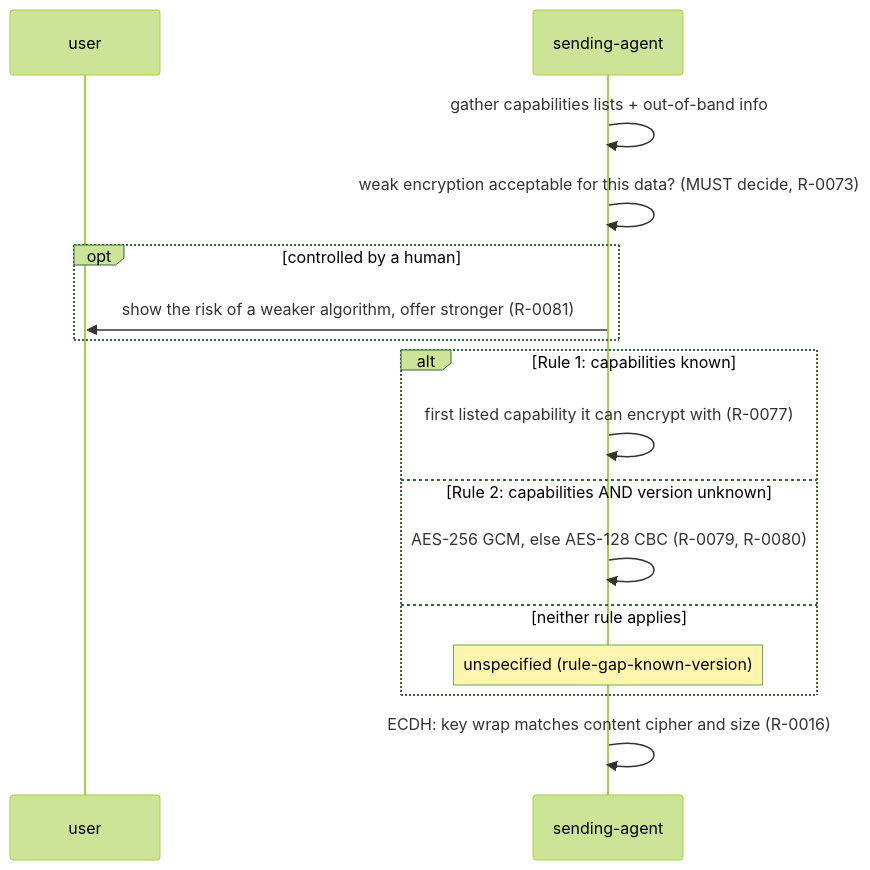
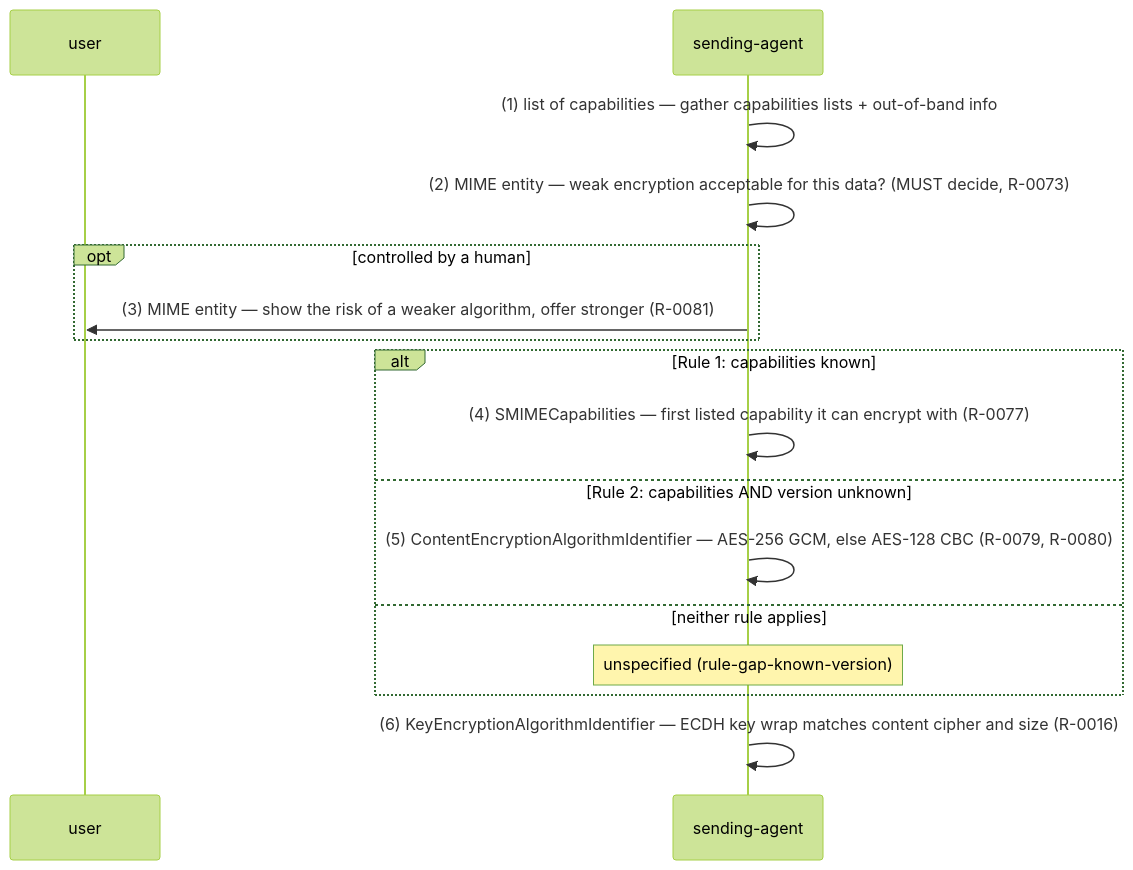
Before and after one commit to m-of-n/library: the third of 28 diagrams in records/ietf/rfc-8551/distilled/protocol.md, drawn with Mermaid (forest theme). The commit also changed other lines of this file and 10 other files, not shown here.

````diff
--- a/records/ietf/rfc-8551/distilled/protocol.md
+++ b/records/ietf/rfc-8551/distilled/protocol.md
@@ -100,18 +102,18 @@
 ```mermaid
 sequenceDiagram
   participant U as user
   participant SA as sending-agent
-  SA->>SA: gather capabilities lists + out-of-band info
-  SA->>SA: weak encryption acceptable for this data? (MUST decide, R-0073)
+  SA->>SA: (1) list of capabilities — gather capabilities lists + out-of-band info
+  SA->>SA: (2) MIME entity — weak encryption acceptable for this data? (MUST decide, R-0073)
   opt controlled by a human
-    SA->>U: show the risk of a weaker algorithm, offer stronger (R-0081)
+    SA->>U: (3) MIME entity — show the risk of a weaker algorithm, offer stronger (R-0081)
   end
   alt Rule 1: capabilities known
-    SA->>SA: first listed capability it can encrypt with (R-0077)
+    SA->>SA: (4) SMIMECapabilities — first listed capability it can encrypt with (R-0077)
   else Rule 2: capabilities AND version unknown
-    SA->>SA: AES-256 GCM, else AES-128 CBC (R-0079, R-0080)
+    SA->>SA: (5) ContentEncryptionAlgorithmIdentifier — AES-256 GCM, else AES-128 CBC (R-0079, R-0080)
   else neither rule applies
     Note over SA: unspecified (rule-gap-known-version)
   end
-  SA->>SA: ECDH: key wrap matches content cipher and size (R-0016)
+  SA->>SA: (6) KeyEncryptionAlgorithmIdentifier — ECDH key wrap matches content cipher and size (R-0016)
 ```
````
